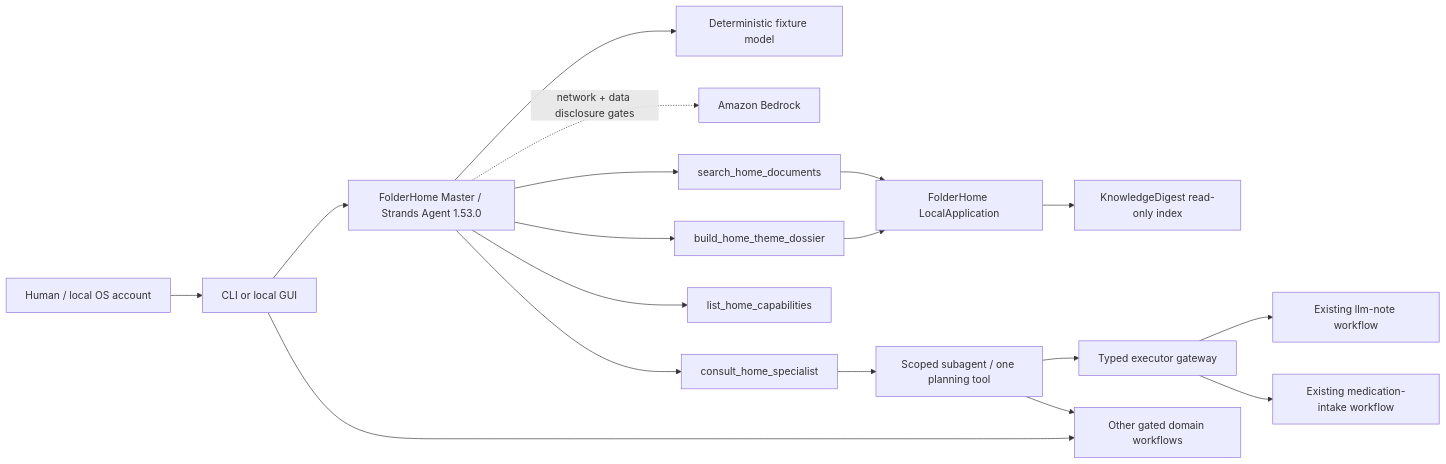
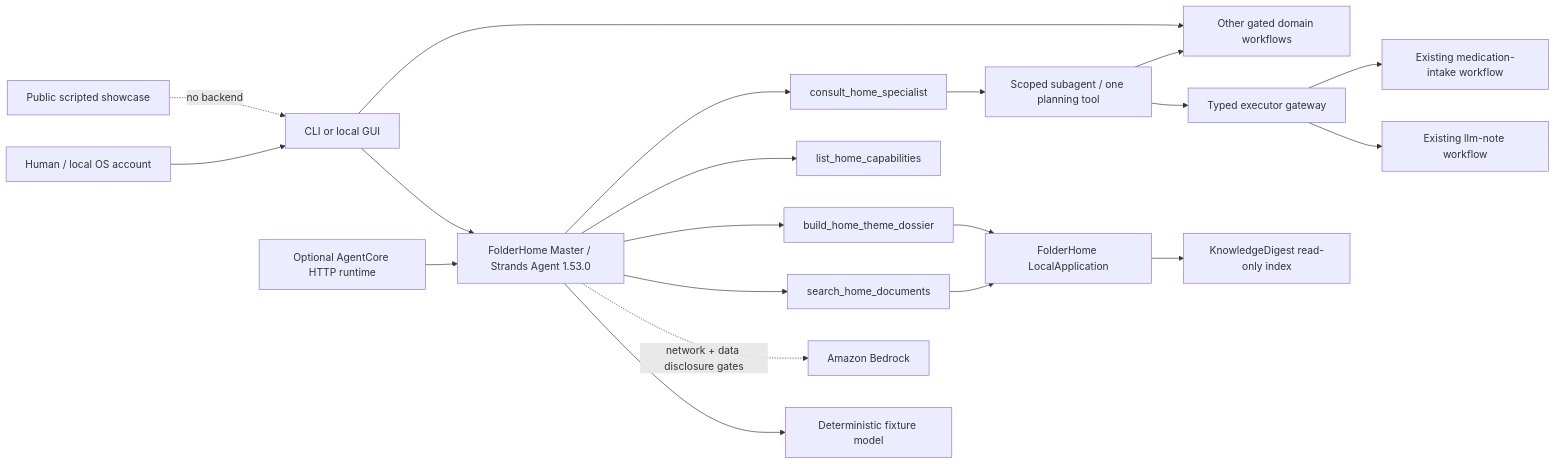
Before and after one commit to ellmos-ai/FolderHome: the diagram in README.md, drawn with Mermaid. The commit also changed other lines of this file and 57 other files, not shown here.

Commit message:
feat: ship accident demo and public showcase

````diff
--- a/README.md
+++ b/README.md
@@ -62,20 +92,22 @@
 ```mermaid
 flowchart LR
   H[Human / local OS account] --> UI[CLI or local GUI]
   UI --> A[FolderHome Master / Strands Agent 1.53.0]
+  PUB[Public scripted showcase] -. no backend .-> UI
+  AC[Optional AgentCore HTTP runtime] --> A
   A --> F[Deterministic fixture model]
   A -. network + data disclosure gates .-> B[Amazon Bedrock]
   A --> S[search_home_documents]
   A --> D[build_home_theme_dossier]
   A --> C[list_home_capabilities]
   A --> X[consult_home_specialist]
   X --> P[Scoped subagent / one planning tool]
   P --> E[Typed executor gateway]
   E --> N[Existing llm-note workflow]
   E --> M[Existing medication-intake workflow]
   S --> L[FolderHome LocalApplication]
   D --> L
   L --> K[KnowledgeDigest read-only index]
   UI --> W[Other gated domain workflows]
   P --> W
 ```
````
